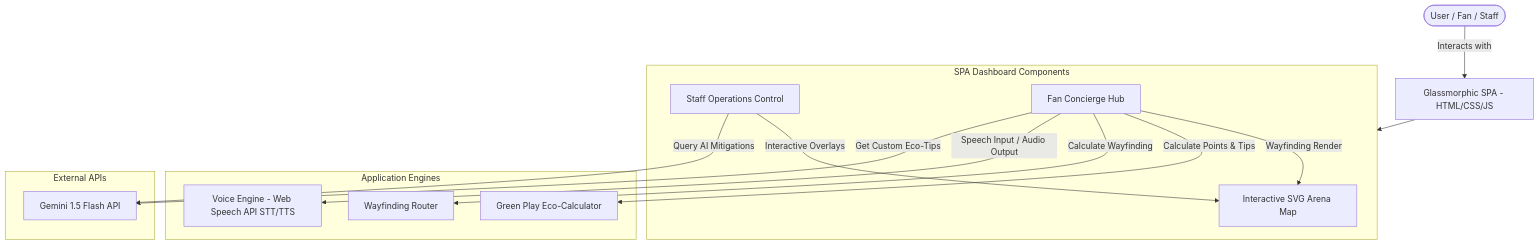
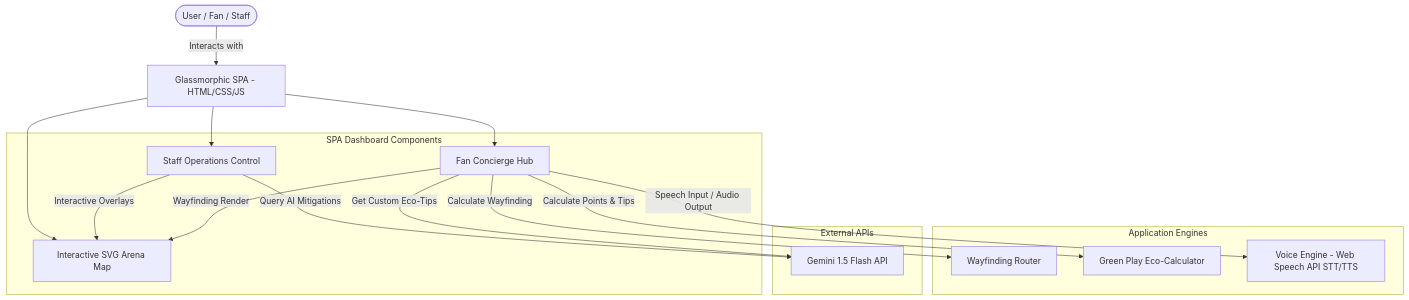
The first of 3 diagrams in README.md (624183-NITAP/VANGUARD-ARENA-AI), drawn with Mermaid before and after one commit. The commit also changed other lines of this file, not shown here.

Commit message:
Fix Mermaid diagrams syntax for compatibility with GitHub parser

````diff
--- a/README.md
+++ b/README.md
@@ -11,28 +11,31 @@
 ```mermaid
 graph TD
-    User([User / Fan / Staff]) -->|Interacts with| UI[Glassmorphic SPA - HTML/CSS/JS]
-    subgraph UI_Components [SPA Dashboard Components]
-        Map[Interactive SVG Arena Map]
-        StaffDashboard[Staff Operations Control]
-        FanHub[Fan Concierge Hub]
+    User(["User / Fan / Staff"]) -->|Interacts with| UI["Glassmorphic SPA - HTML/CSS/JS"]
+    
+    subgraph UI_Components ["SPA Dashboard Components"]
+        Map["Interactive SVG Arena Map"]
+        StaffDashboard["Staff Operations Control"]
+        FanHub["Fan Concierge Hub"]
     end
-    UI --> UI_Components
+    UI --> Map
+    UI --> StaffDashboard
+    UI --> FanHub
     
-    subgraph Services [Application Engines]
-        Router[Wayfinding Router]
-        EcoCalc[Green Play Eco-Calculator]
-        VoiceEng[Voice Engine - Web Speech API STT/TTS]
+    subgraph Services ["Application Engines"]
+        Router["Wayfinding Router"]
+        EcoCalc["Green Play Eco-Calculator"]
+        VoiceEng["Voice Engine - Web Speech API STT/TTS"]
     end
     
-    subgraph External_APIs [External APIs]
-        GeminiAPI[Gemini 1.5 Flash API]
+    subgraph External_APIs ["External APIs"]
+        GeminiAPI["Gemini 1.5 Flash API"]
     end
 
     StaffDashboard -->|Query AI Mitigations| GeminiAPI
     FanHub -->|Get Custom Eco-Tips| GeminiAPI
     FanHub -->|Speech Input / Audio Output| VoiceEng
     FanHub -->|Calculate Wayfinding| Router
     FanHub -->|Calculate Points & Tips| EcoCalc
     StaffDashboard -->|Interactive Overlays| Map
     FanHub -->|Wayfinding Render| Map
 ```
````
